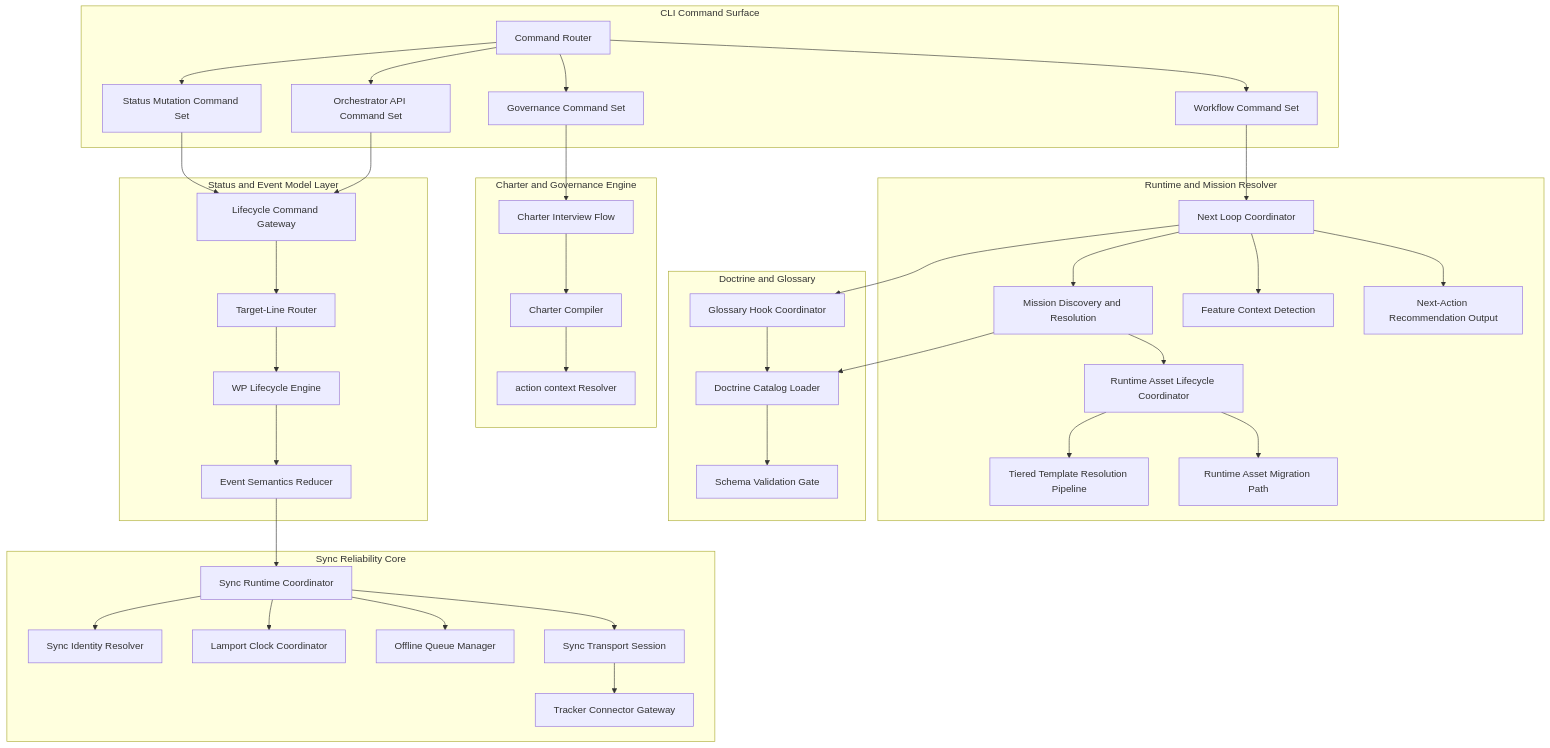
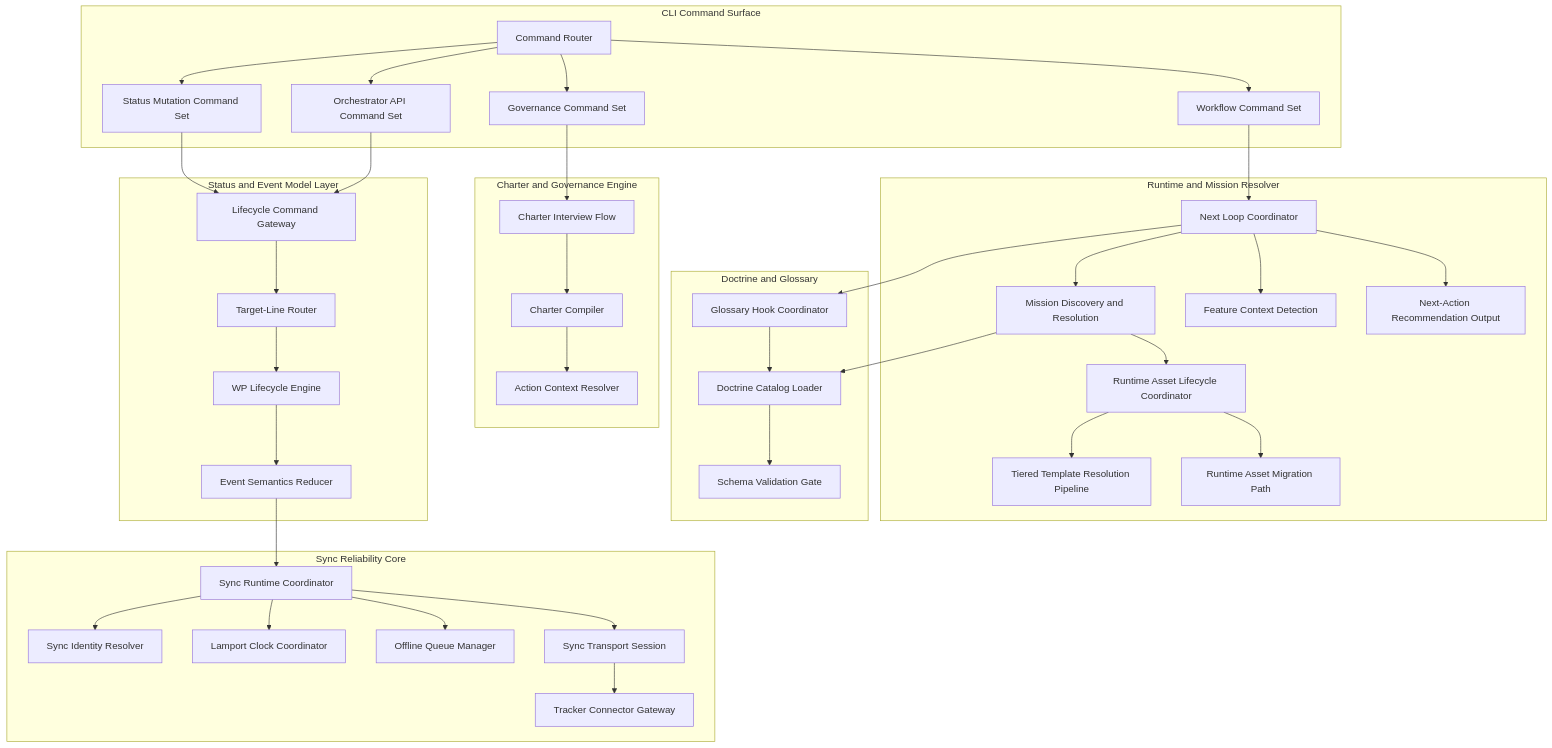
Before and after one commit to Priivacy-ai/spec-kitty: the first of 6 diagrams in docs/architecture/03_components/README.md, drawn with Mermaid. The commit also changed other lines of this file and 24 other files, not shown here.

````diff
--- a/docs/architecture/03_components/README.md
+++ b/docs/architecture/03_components/README.md
@@ -31,82 +31,82 @@
 ```mermaid
 flowchart TB
     subgraph CLI["CLI Command Surface"]
       router[Command Router]
       workflow[Workflow Command Set]
       statusCmd[Status Mutation Command Set]
       governanceCmd[Governance Command Set]
       apiCmd[Orchestrator API Command Set]
     end
 
     subgraph Runtime["Runtime and Mission Resolver"]
       nextLoop[Next Loop Coordinator]
       missionResolve[Mission Discovery and Resolution]
       runtimeAsset[Runtime Asset Lifecycle Coordinator]
       templateResolve[Tiered Template Resolution Pipeline]
       runtimeMigration[Runtime Asset Migration Path]
       featureCtx[Feature Context Detection]
       decisionOut[Next-Action Recommendation Output]
     end
 
     subgraph Governance["Charter and Governance Engine"]
       interview[Charter Interview Flow]
       compile[Charter Compiler]
-      ctxResolve[action context Resolver]
+      ctxResolve[Action Context Resolver]
     end
 
     subgraph Knowledge["Doctrine and Glossary"]
       doctrineCatalog[Doctrine Catalog Loader]
       schemaGate[Schema Validation Gate]
       glossaryHook[Glossary Hook Coordinator]
     end
 
     subgraph State["Status and Event Model Layer"]
       lifecycleGateway[Lifecycle Command Gateway]
       targetRouter[Target-Line Router]
       wpLifecycle[WP Lifecycle Engine]
       eventSemantics[Event Semantics Reducer]
     end
 
     subgraph Sync["Sync Reliability Core"]
       syncRuntime[Sync Runtime Coordinator]
       syncIdentity[Sync Identity Resolver]
       syncClock[Lamport Clock Coordinator]
       syncQueue[Offline Queue Manager]
       syncTransport[Sync Transport Session]
       trackerGateway[Tracker Connector Gateway]
     end
 
     router --> workflow
     router --> statusCmd
     router --> governanceCmd
     router --> apiCmd
 
     workflow --> nextLoop
     nextLoop --> missionResolve
     missionResolve --> runtimeAsset
     runtimeAsset --> templateResolve
     runtimeAsset --> runtimeMigration
     nextLoop --> featureCtx
     nextLoop --> decisionOut
 
     governanceCmd --> interview
     interview --> compile
     compile --> ctxResolve
 
     missionResolve --> doctrineCatalog
     doctrineCatalog --> schemaGate
     nextLoop --> glossaryHook
     glossaryHook --> doctrineCatalog
 
     statusCmd --> lifecycleGateway
     apiCmd --> lifecycleGateway
     lifecycleGateway --> targetRouter
     targetRouter --> wpLifecycle
     wpLifecycle --> eventSemantics
     eventSemantics --> syncRuntime
     syncRuntime --> syncIdentity
     syncRuntime --> syncClock
     syncRuntime --> syncQueue
     syncRuntime --> syncTransport
     syncTransport --> trackerGateway
 ```
````
